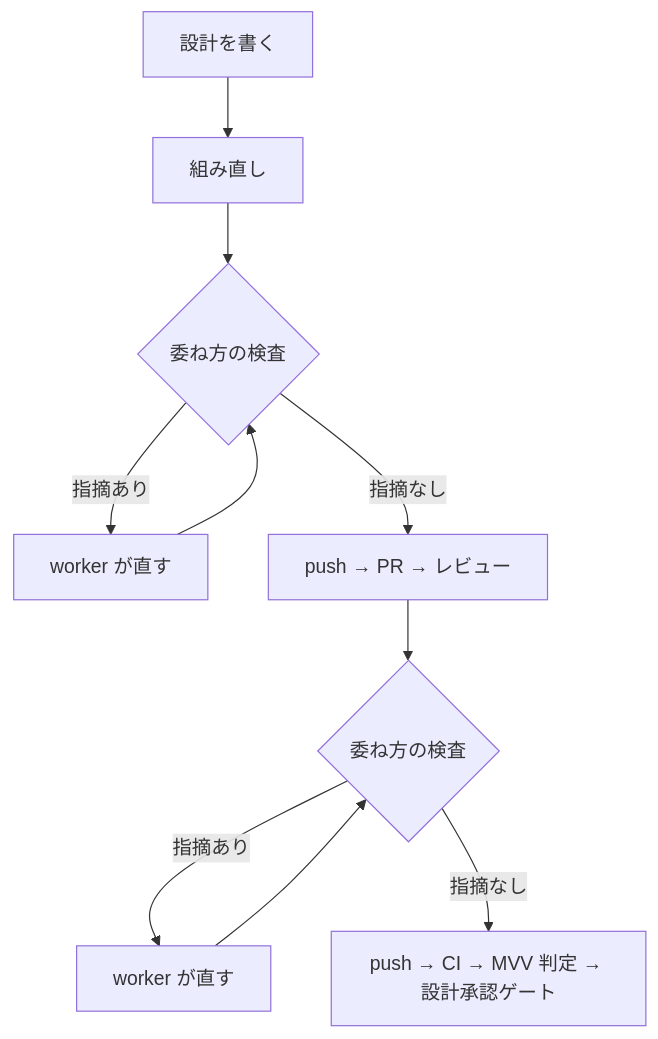
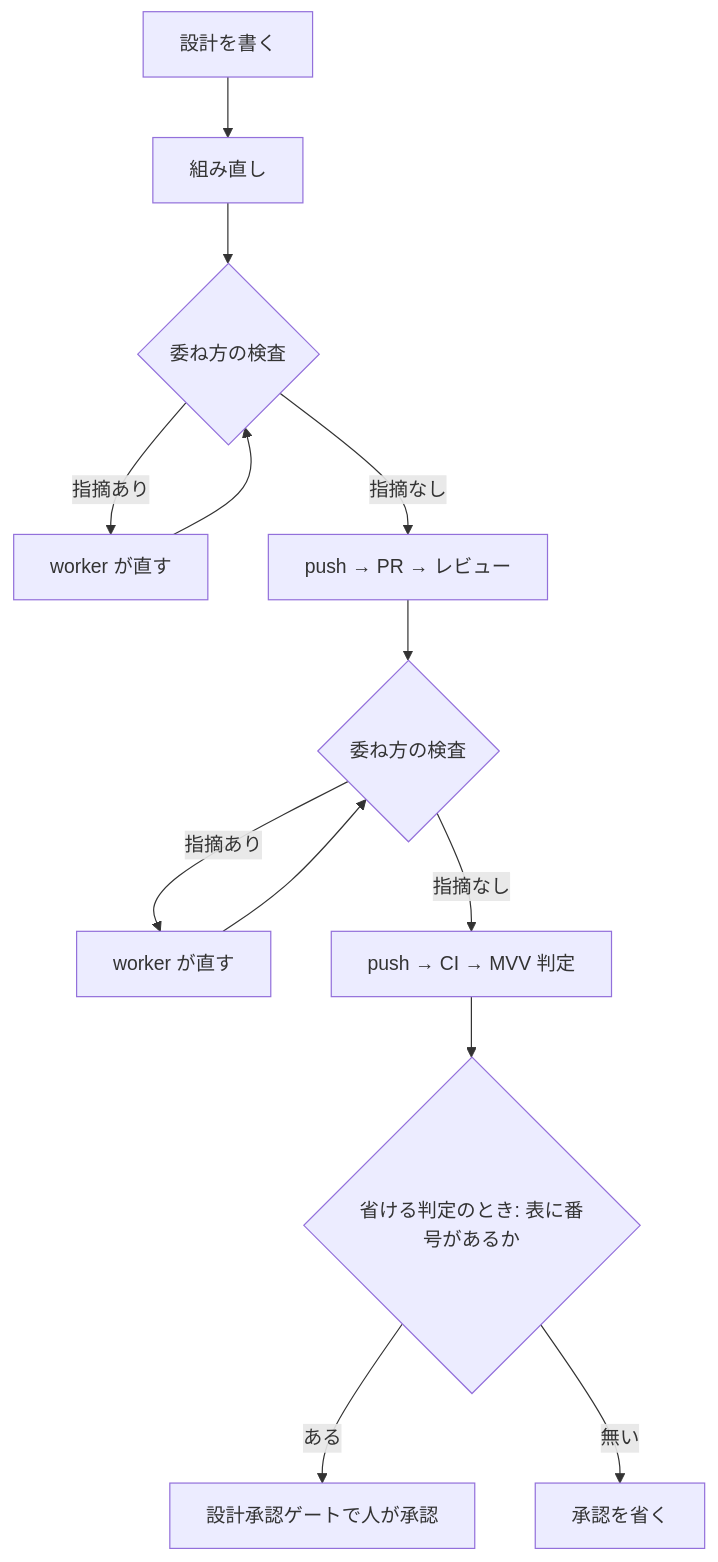
The second of 4 diagrams in issues/issue-2912-design.md (devbasex/ai-plugins), drawn with Mermaid before and after one commit. The commit also changed other lines of this file and 1 other file, not shown here.

First line of the commit message:
Docs: 設計の判断と MVV 判定の設計にレビューの指摘 13 件を反映する （#2912）

````diff
--- a/issues/issue-2912-design.md
+++ b/issues/issue-2912-design.md
@@ -46,12 +46,15 @@
 ```mermaid
 graph TD
     A["設計を書く"] --> B["組み直し"]
     B --> C{"委ね方の検査"}
     C -->|"指摘あり"| W["worker が直す"]
     W --> C
     C -->|"指摘なし"| D["push → PR → レビュー"]
     D --> E{"委ね方の検査"}
     E -->|"指摘あり"| W2["worker が直す"]
     W2 --> E
-    E -->|"指摘なし"| G["push → CI → MVV 判定 → 設計承認ゲート"]
+    E -->|"指摘なし"| G["push → CI → MVV 判定"]
+    G --> H{"省ける判定のとき: 表に番号があるか"}
+    H -->|"ある"| I["設計承認ゲートで人が承認"]
+    H -->|"無い"| J["承認を省く"]
 ```
````
